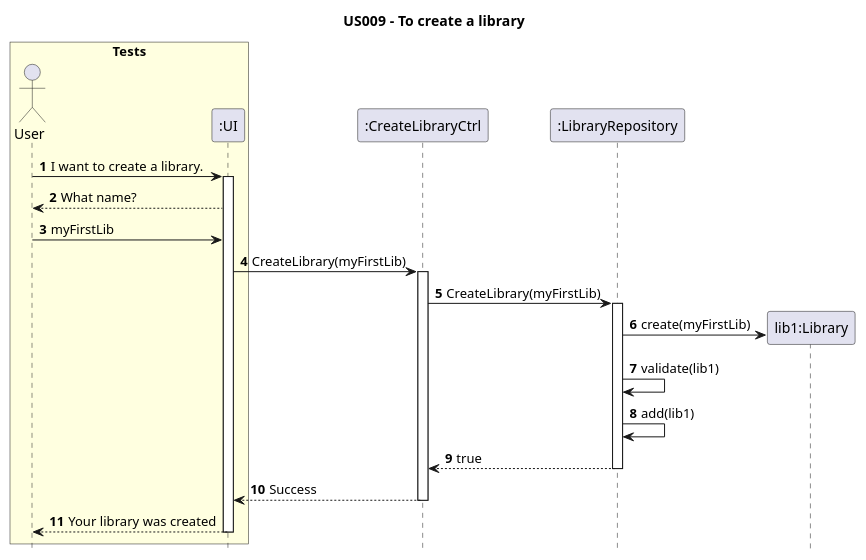
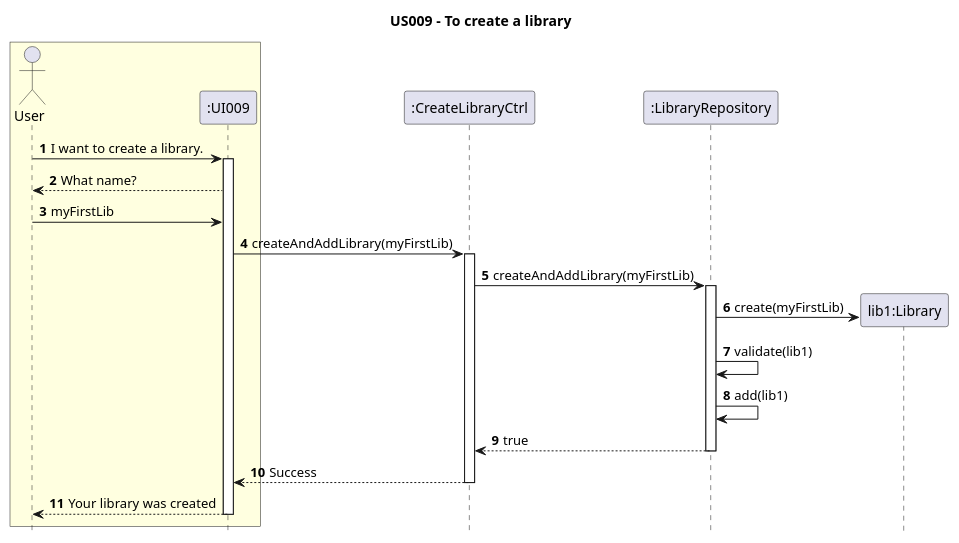
The diagram in Diagrams/SequenceDiagrams/N2/US009-to-create-a-library.puml (AndrePereiraGitH/SWitCH-Project-Team_A), drawn with PlantUML before and after one commit. The commit also changed 7 other files, not shown here.

Commit message:
Working on #31, #32, #33 and #34. Corrected Diagrams and added N1 Diagrams (@inesgiesteira)

```diff
--- a/Diagrams/SequenceDiagrams/N2/US009-to-create-a-library.puml
+++ b/Diagrams/SequenceDiagrams/N2/US009-to-create-a-library.puml
@@ -1,40 +1,40 @@
 @startuml
 hide footbox
 autonumber
 title US009 - To create a library
 
-box "Tests" #LightYellow
+box #LightYellow
 actor User
-participant ":UI" as UI
+participant ":UI009" as UI
 end box
 
 
 participant ":CreateLibraryCtrl" as Ctrl
 participant ":LibraryRepository" as LibraryRepo
 
 
 User -> UI : I want to create a library.
 activate UI
 UI --> User : What name?
 User -> UI : myFirstLib
 
-UI -> Ctrl : CreateLibrary(myFirstLib)
+UI -> Ctrl : createAndAddLibrary(myFirstLib)
 activate Ctrl
-Ctrl -> LibraryRepo : CreateLibrary(myFirstLib)
+Ctrl -> LibraryRepo : createAndAddLibrary(myFirstLib)
 activate LibraryRepo
 
 create "lib1:Library" as Library
 LibraryRepo -> Library : create(myFirstLib)
 
 LibraryRepo -> LibraryRepo : validate(lib1)
 LibraryRepo -> LibraryRepo : add(lib1)
 
 
 LibraryRepo --> Ctrl : true
 deactivate LibraryRepo
 Ctrl --> UI : Success
 deactivate Ctrl
 UI --> User : Your library was created
 deactivate UI
 
 @enduml
```
